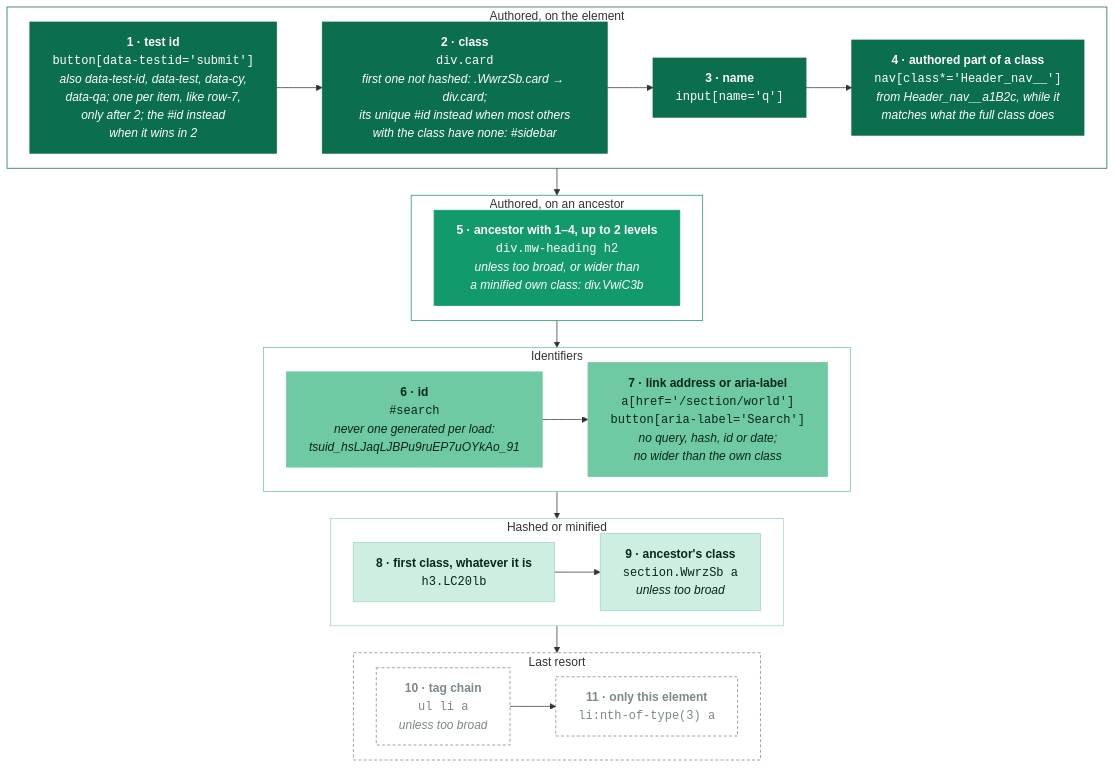
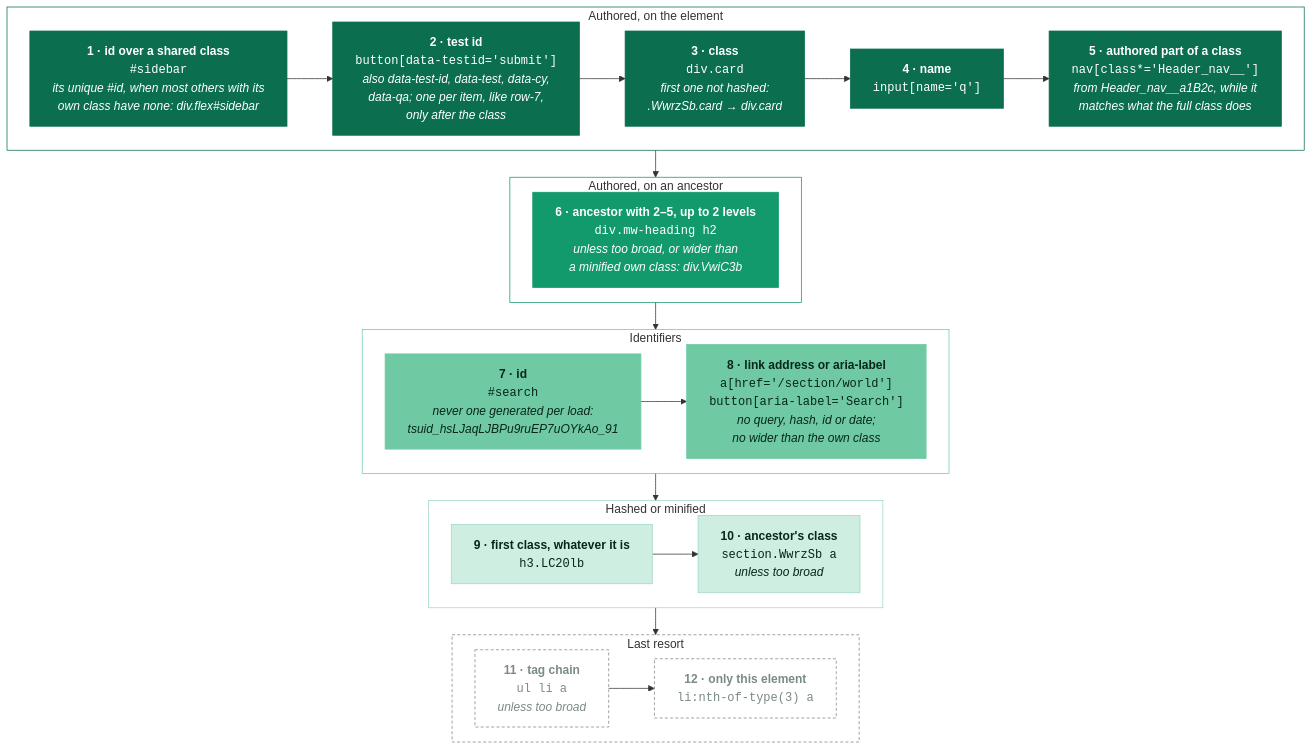
The diagram in docs/selectors.md (ankit/stylebot), drawn with Mermaid before and after one commit.

Commit message:
docs(selectors): show the shared-class id check as the first step

````diff
--- a/docs/selectors.md
+++ b/docs/selectors.md
@@ -14,51 +14,52 @@
 ```mermaid
 %%{init: {"flowchart": {"curve": "basis", "nodeSpacing": 20, "rankSpacing": 36, "wrappingWidth": 320}, "themeCSS": "g.node code { font-family: ui-monospace, SFMono-Regular, Menlo, monospace; font-size: 12px; padding: 1px 6px; border-radius: 4px; white-space: nowrap; } g.t1 code, g.t2 code { background: rgba(255,255,255,0.16); } g.t3 code, g.t4 code { background: rgba(8,38,27,0.10); } g.t5 code { background: rgba(122,138,132,0.14); } g.node i { font-size: 11px; opacity: 0.85; }"}}%%
 flowchart TB
     subgraph authored["Authored, on the element"]
         direction LR
-        S1["<b>1 · test id</b><br/><code>button[data-testid='submit']</code><br/><i>also data-test-id, data-test, data-cy,<br/>data-qa; one per item, like row-7,<br/>only after 2; the #id instead<br/>when it wins in 2</i>"]
-        S2["<b>2 · class</b><br/><code>div.card</code><br/><i>first one not hashed: .WwrzSb.card → div.card;<br/>its unique #id instead when most others<br/>with the class have none: #sidebar</i>"]
-        S3["<b>3 · name</b><br/><code>input[name='q']</code>"]
-        S4["<b>4 · authored part of a class</b><br/><code>nav[class*='Header_nav__']</code><br/><i>from Header_nav__a1B2c, while it<br/>matches what the full class does</i>"]
-        S1 --> S2 --> S3 --> S4
+        S0["<b>1 · id over a shared class</b><br/><code>#sidebar</code><br/><i>its unique #id, when most others with its<br/>own class have none: div.flex#sidebar</i>"]
+        S1["<b>2 · test id</b><br/><code>button[data-testid='submit']</code><br/><i>also data-test-id, data-test, data-cy,<br/>data-qa; one per item, like row-7,<br/>only after the class</i>"]
+        S2["<b>3 · class</b><br/><code>div.card</code><br/><i>first one not hashed:<br/>.WwrzSb.card → div.card</i>"]
+        S3["<b>4 · name</b><br/><code>input[name='q']</code>"]
+        S4["<b>5 · authored part of a class</b><br/><code>nav[class*='Header_nav__']</code><br/><i>from Header_nav__a1B2c, while it<br/>matches what the full class does</i>"]
+        S0 --> S1 --> S2 --> S3 --> S4
     end
     subgraph scoped["Authored, on an ancestor"]
         direction LR
-        S5["<b>5 · ancestor with 1–4, up to 2 levels</b><br/><code>div.mw-heading h2</code><br/><i>unless too broad, or wider than<br/>a minified own class: div.VwiC3b</i>"]
+        S5["<b>6 · ancestor with 2–5, up to 2 levels</b><br/><code>div.mw-heading h2</code><br/><i>unless too broad, or wider than<br/>a minified own class: div.VwiC3b</i>"]
     end
     subgraph ids["Identifiers"]
         direction LR
-        S6["<b>6 · id</b><br/><code>#search</code><br/><i>never one generated per load:<br/>tsuid_hsLJaqLJBPu9ruEP7uOYkAo_91</i>"]
-        S7["<b>7 · link address or aria-label</b><br/><code>a[href='/section/world']</code><br/><code>button[aria-label='Search']</code><br/><i>no query, hash, id or date;<br/>no wider than the own class</i>"]
+        S6["<b>7 · id</b><br/><code>#search</code><br/><i>never one generated per load:<br/>tsuid_hsLJaqLJBPu9ruEP7uOYkAo_91</i>"]
+        S7["<b>8 · link address or aria-label</b><br/><code>a[href='/section/world']</code><br/><code>button[aria-label='Search']</code><br/><i>no query, hash, id or date;<br/>no wider than the own class</i>"]
         S6 --> S7
     end
     subgraph hashed["Hashed or minified"]
         direction LR
-        S8["<b>8 · first class, whatever it is</b><br/><code>h3.LC20lb</code>"]
-        S9["<b>9 · ancestor's class</b><br/><code>section.WwrzSb a</code><br/><i>unless too broad</i>"]
+        S8["<b>9 · first class, whatever it is</b><br/><code>h3.LC20lb</code>"]
+        S9["<b>10 · ancestor's class</b><br/><code>section.WwrzSb a</code><br/><i>unless too broad</i>"]
         S8 --> S9
     end
     subgraph last["Last resort"]
         direction LR
-        S10["<b>10 · tag chain</b><br/><code>ul li a</code><br/><i>unless too broad</i>"]
-        S11["<b>11 · only this element</b><br/><code>li:nth-of-type(3) a</code>"]
+        S10["<b>11 · tag chain</b><br/><code>ul li a</code><br/><i>unless too broad</i>"]
+        S11["<b>12 · only this element</b><br/><code>li:nth-of-type(3) a</code>"]
         S10 --> S11
     end
     authored --> scoped --> ids --> hashed --> last
 
     classDef t1 fill:#0b6e4f,stroke:#0b6e4f,color:#ffffff
     classDef t2 fill:#139a6c,stroke:#139a6c,color:#ffffff
     classDef t3 fill:#6fcaa4,stroke:#6fcaa4,color:#08261b
     classDef t4 fill:#cdeee0,stroke:#9fd9c0,color:#08261b
     classDef t5 fill:transparent,stroke:#7a8a84,stroke-dasharray:4 3,color:#7a8a84
-    class S1,S2,S3,S4 t1
+    class S0,S1,S2,S3,S4 t1
     class S5 t2
     class S6,S7 t3
     class S8,S9 t4
     class S10,S11 t5
     style authored fill:transparent,stroke:#0b6e4f,stroke-width:1px
     style scoped fill:transparent,stroke:#139a6c,stroke-width:1px
     style ids fill:transparent,stroke:#6fcaa4,stroke-width:1px
     style hashed fill:transparent,stroke:#9fd9c0,stroke-width:1px
     style last fill:transparent,stroke:#7a8a84,stroke-width:1px,stroke-dasharray:4 3
 ```
````
